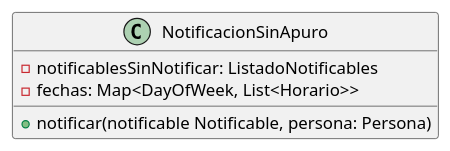
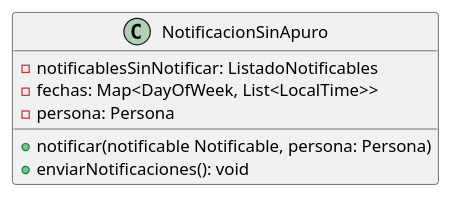
Before and after one commit to mbertogliati/dds-tpa: the diagram in DC/E3/domain/comunidades/notificacionesPersona/NotificacionSinApuro.puml, drawn with PlantUML. The commit also changed 2 other files, not shown here.

```diff
--- a/DC/E3/domain/comunidades/notificacionesPersona/NotificacionSinApuro.puml
+++ b/DC/E3/domain/comunidades/notificacionesPersona/NotificacionSinApuro.puml
@@ -1,11 +1,13 @@
 @startuml
 'https://plantuml.com/class-diagram
 
 class NotificacionSinApuro{
     -notificablesSinNotificar: ListadoNotificables
-    -fechas: Map<DayOfWeek, List<Horario>>
+    -fechas: Map<DayOfWeek, List<LocalTime>>
+    -persona: Persona
 
     +notificar(notificable Notificable, persona: Persona)
+    +enviarNotificaciones(): void
 }
 
 @enduml
```
